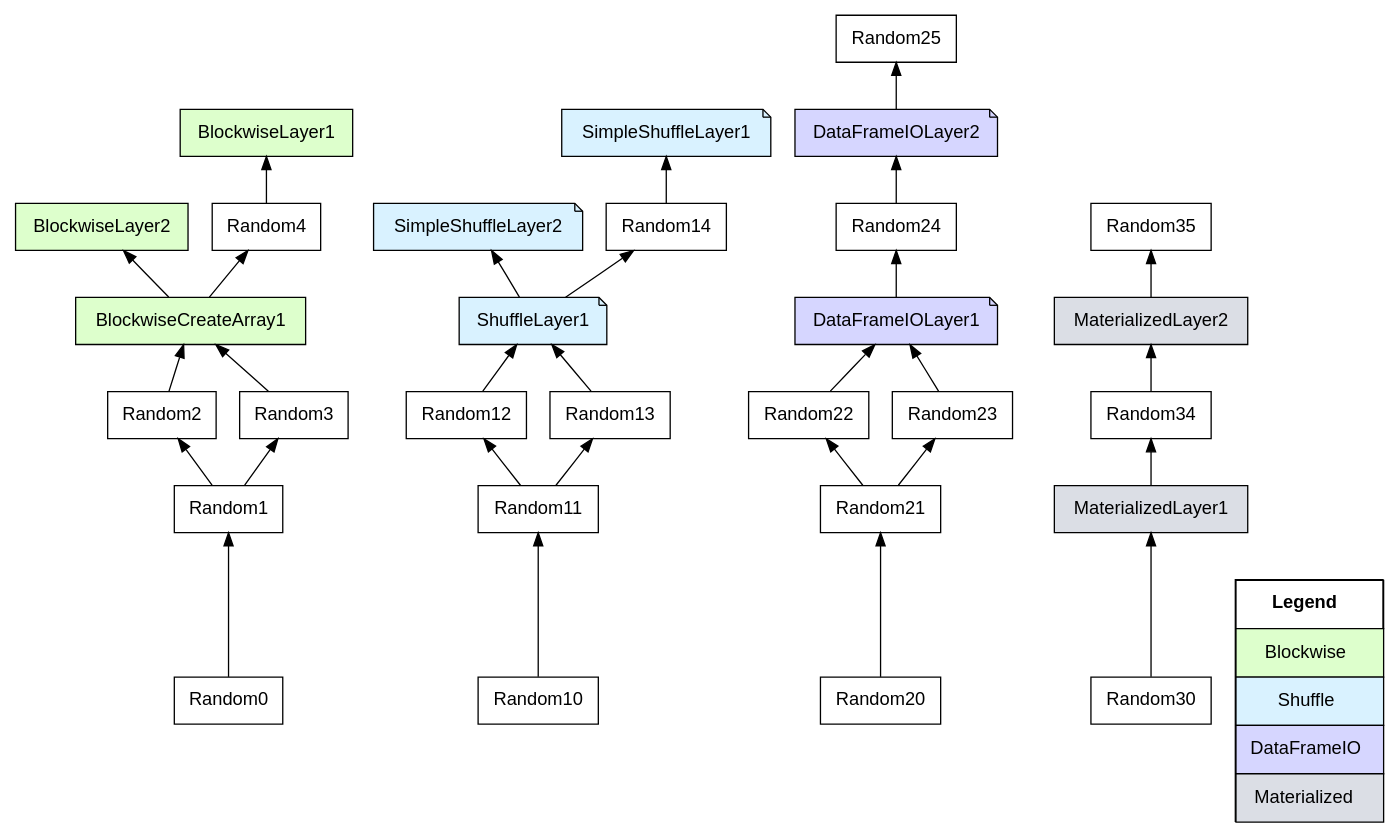
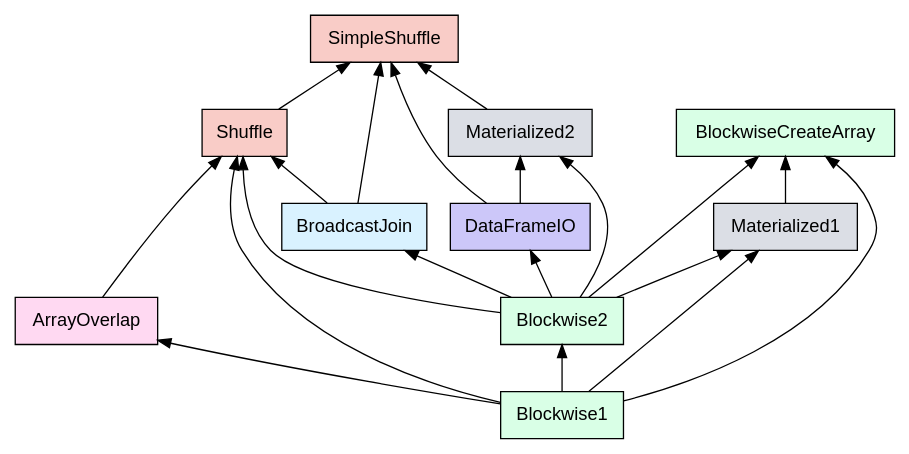
One commit to freyam/my-dask changed the diagram in x.dot. Above: the diagram before and after it, drawn with Graphviz. The commit also changed 76 other files, not shown here.

```diff
--- a/x.dot
+++ b/x.dot
@@ -1,53 +1,37 @@
 digraph G {
     graph[rankdir=BT]
     node[shape=box fontname="helvetica"]
 
+    /*
+        Nodes
+    */
+
     // Array Blockwise
-    BlockwiseLayer1 [fillcolor="#DDFFCC" style=filled]
-    BlockwiseLayer2 [fillcolor="#DDFFCC" style=filled]
-    BlockwiseCreateArray1 [fillcolor="#DDFFCC" style=filled]
-
-    Random0 -> Random1 -> {Random2; Random3} -> BlockwiseCreateArray1 -> Random4 -> BlockwiseLayer1
-    BlockwiseCreateArray1 -> BlockwiseLayer2
+    Blockwise1 [fillcolor="#D9FFE6" style=filled]
+    Blockwise2 [fillcolor="#D9FFE6" style=filled]
+    BlockwiseCreateArray [fillcolor="#D9FFE6" style=filled]
 
     // DataFrame Shuffle
-    SimpleShuffleLayer1 [shape=note fillcolor="#D9F2FF" style=filled]
-    SimpleShuffleLayer2 [shape=note fillcolor="#D9F2FF" style=filled]
-
-    ShuffleLayer1 [shape=note fillcolor="#D9F2FF" style=filled]
-
-    Random10 -> Random11 -> {Random12; Random13} -> ShuffleLayer1 -> Random14 -> SimpleShuffleLayer1
-    ShuffleLayer1 -> SimpleShuffleLayer2
+    SimpleShuffle [fillcolor="#F9CCC7" style=filled]
+    Shuffle [fillcolor="#F9CCC7" style=filled]
 
     // DataFrame IO
-    DataFrameIOLayer1 [shape=note fillcolor="#D6D6FF" style=filled]
-    DataFrameIOLayer2 [shape=note fillcolor="#D6D6FF" style=filled]
+    DataFrameIO [fillcolor="#CCC7F9" style=filled]
 
-    Random20 -> Random21 -> {Random22; Random23} -> DataFrameIOLayer1 -> Random24 -> DataFrameIOLayer2 -> Random25
+    // Array Overlap
+    ArrayOverlap [fillcolor="#FFD9F2" style=filled]
+
+    // Broadcat Join
+    BroadcastJoin [fillcolor="#D9F2FF" style=filled]
 
     // Materialized
-    MaterializedLayer1 [fillcolor="#DBDEE5" style=filled]
-    MaterializedLayer2 [fillcolor="#DBDEE5" style=filled]
+    Materialized1 [fillcolor="#DBDEE5" style=filled]
+    Materialized2 [fillcolor="#DBDEE5" style=filled]
 
-    Random30 -> MaterializedLayer1 -> Random34 -> MaterializedLayer2 -> Random35
+    /*
+        Edges
+    */
 
-    Legend [margin=0, label=<
-        <TABLE BORDER="0" CELLBORDER="1" CELLSPACING="0" CELLPADDING="10">
-        <TR>
-        <TD><B>Legend</B></TD>
-        </TR>
-        <TR>
-        <TD BGCOLOR="#DDFFCC">Blockwise</TD>
-        </TR>
-        <TR>
-        <TD BGCOLOR="#D9F2FF">Shuffle</TD>
-        </TR>
-        <TR>
-        <TD BGCOLOR="#D6D6FF">DataFrameIO</TD>
-        </TR>
-        <TR>
-        <TD BGCOLOR="#DBDEE5">Materialized</TD>
-        </TR>
-        </TABLE>
-    >];
+    Blockwise1 -> {Blockwise2 -> {Materialized1 -> BlockwiseCreateArray}; ArrayOverlap -> Shuffle}
+    Blockwise2 -> {DataFrameIO -> Materialized2; BroadcastJoin -> Shuffle} -> SimpleShuffle
 }
```
